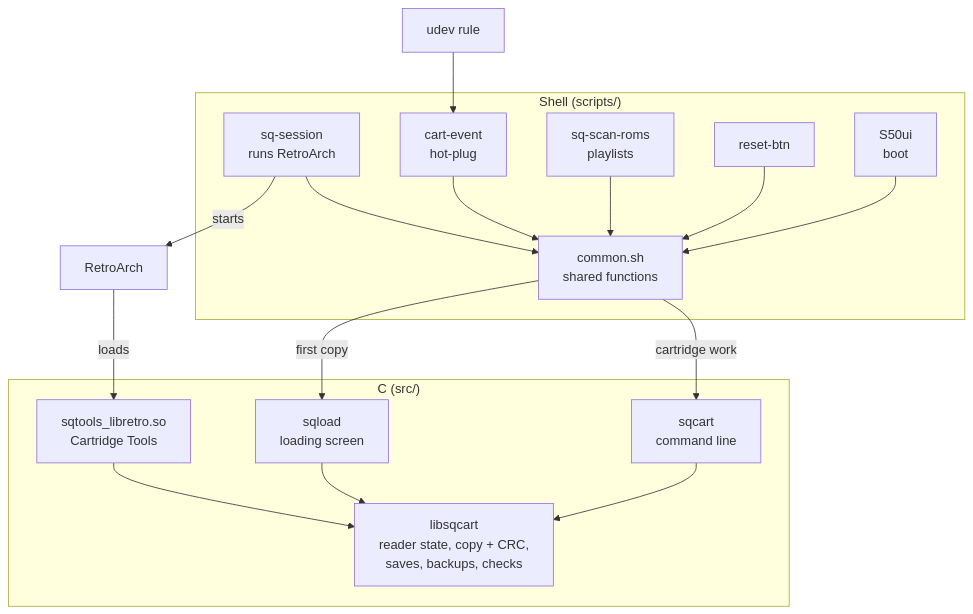
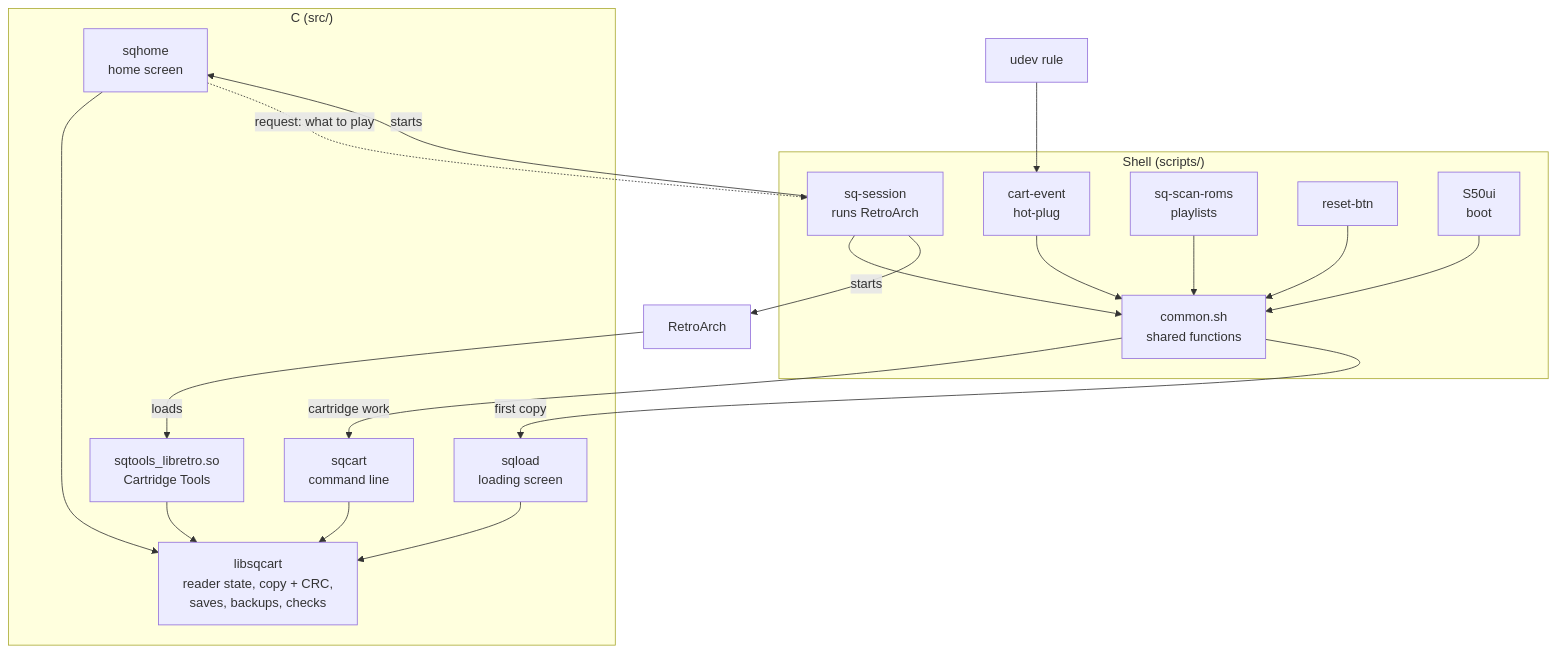
The first of 5 diagrams in docs/DOCUMENTATION.md (slurrps-mcgee/slurrps-hyperkin-gb), drawn with Mermaid before and after one commit. The commit also changed other lines of this file and 57 other files, not shown here.

````diff
--- a/docs/DOCUMENTATION.md
+++ b/docs/DOCUMENTATION.md
@@ -59,22 +61,25 @@
 ```mermaid
 flowchart TD
     subgraph C["C (src/)"]
         L[libsqcart<br/>reader state, copy + CRC,<br/>saves, backups, checks]
         SQL[sqload<br/>loading screen] --> L
         SQC[sqcart<br/>command line] --> L
         SQT[sqtools_libretro.so<br/>Cartridge Tools] --> L
+        SQH[sqhome<br/>home screen] --> L
     end
     subgraph S["Shell (scripts/)"]
         CO[common.sh<br/>shared functions]
         SE[sq-session<br/>runs RetroArch] --> CO
         CE[cart-event<br/>hot-plug] --> CO
         SR[sq-scan-roms<br/>playlists] --> CO
         RB[reset-btn] --> CO
         UI[S50ui<br/>boot] --> CO
     end
     CO -->|cartridge work| SQC
     CO -->|first copy| SQL
     U[udev rule] --> CE
     SE -->|starts| RA[RetroArch]
+    SE -->|starts| SQH
+    SQH -.->|request: what to play| SE
     RA -->|loads| SQT
 ```
````
